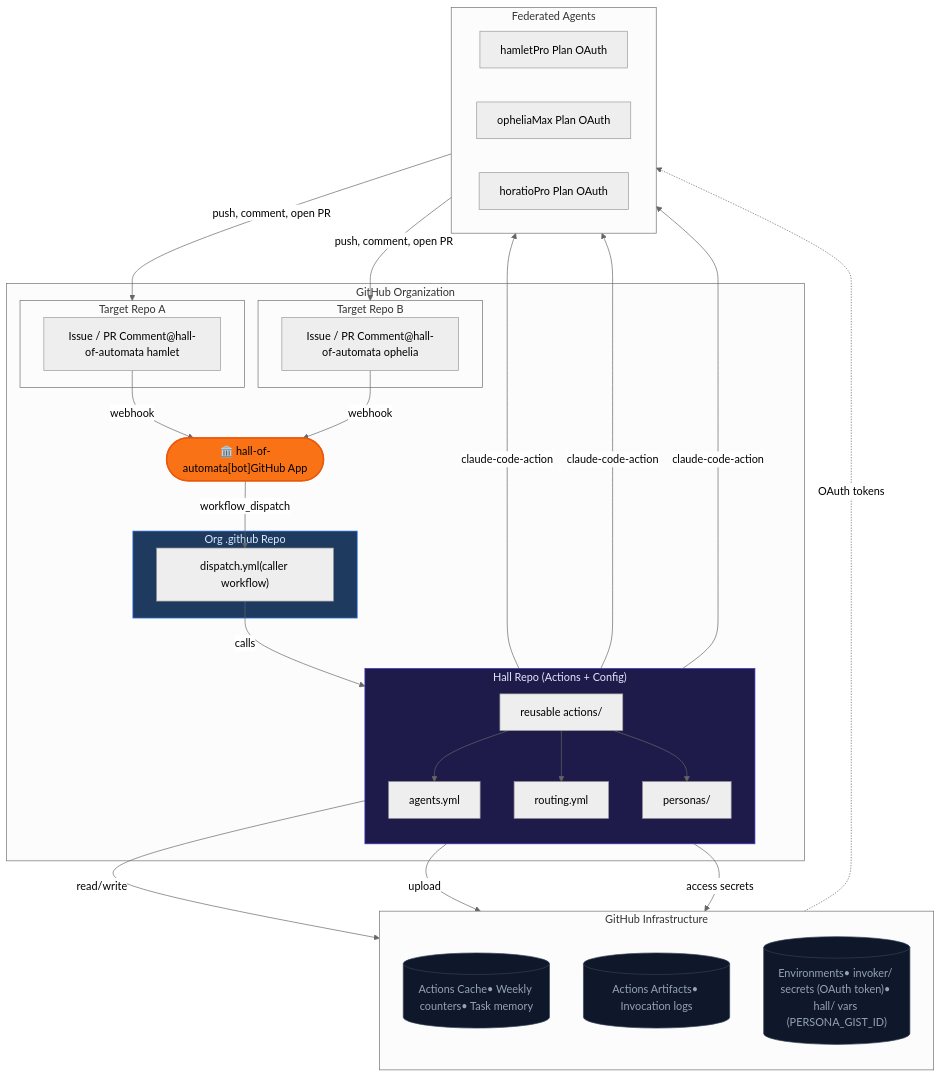
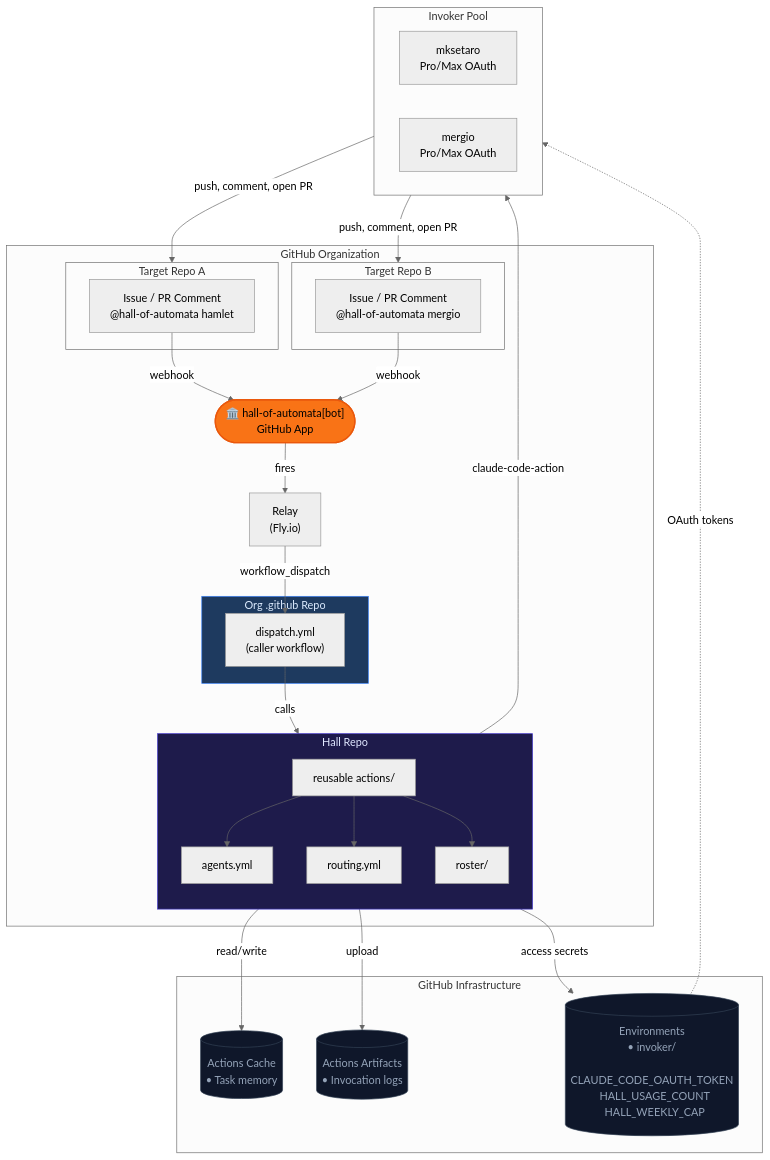
Before and after one commit to MockaSort-Studio/hall-of-automata: the first of 2 diagrams in codex/design_document.md, drawn with Mermaid (neutral theme). The commit also changed other lines of this file and 8 other files, not shown here.

````diff
--- a/codex/design_document.md
+++ b/codex/design_document.md
@@ -40,60 +17,57 @@
 ```mermaid
 graph TB
     subgraph ORG["GitHub Organization"]
         subgraph TR1["Target Repo A"]
-            I1["Issue / PR Comment@hall-of-automata hamlet"]
+            I1["Issue / PR Comment\n@hall-of-automata hamlet"]
         end
         subgraph TR2["Target Repo B"]
-            I2["Issue / PR Comment@hall-of-automata ophelia"]
+            I2["Issue / PR Comment\n@hall-of-automata mergio"]
         end
         subgraph DOTGITHUB["Org .github Repo"]
-            DW["dispatch.yml(caller workflow)"]
+            DW["dispatch.yml\n(caller workflow)"]
         end
-        subgraph HALL["Hall Repo (Actions + Config)"]
+        subgraph HALL["Hall Repo"]
             direction TB
             AY["agents.yml"]
             RY["routing.yml"]
-            P["personas/"]
+            RS["roster/"]
             RA["reusable actions/"]
         end
-        APP(["🏛️ hall-of-automata[bot]GitHub App"])
+        APP(["🏛️ hall-of-automata[bot]\nGitHub App"])
+        RELAY["Relay\n(Fly.io)"]
     end
 
     subgraph GHINFRA["GitHub Infrastructure"]
-        direction TB
-        CACHE[("Actions Cache• Weekly counters• Task memory")]
-        ARTIFACTS[("Actions Artifacts• Invocation logs")]
-        ENVS[("Environments• invoker/<handle> secrets (OAuth token)• hall/<agent> vars (PERSONA_GIST_ID)")]
+        CACHE[("Actions Cache\n• Task memory")]
+        ARTIFACTS[("Actions Artifacts\n• Invocation logs")]
+        ENVS[("Environments\n• invoker/<handle>\n  CLAUDE_CODE_OAUTH_TOKEN\n  HALL_USAGE_COUNT\n  HALL_WEEKLY_CAP")]
     end
 
-    subgraph FED["Federated Agents"]
-        direction LR
-        A1["hamletPro Plan OAuth"]
-        A2["opheliaMax Plan OAuth"]
-        A3["horatioPro Plan OAuth"]
+    subgraph POOL["Invoker Pool"]
+        A1["mksetaro\nPro/Max OAuth"]
+        A2["mergio\nPro/Max OAuth"]
     end
 
     I1 -->|webhook| APP
     I2 -->|webhook| APP
-    APP -->|workflow_dispatch| DW
+    APP -->|fires| RELAY
+    RELAY -->|workflow_dispatch| DW
     DW -->|calls| RA
     RA --> AY
     RA --> RY
-    RA --> P
+    RA --> RS
     RA -->|read/write| CACHE
     RA -->|upload| ARTIFACTS
     RA -->|access secrets| ENVS
-    ENVS -.->|OAuth tokens| FED
-    RA -->|claude-code-action| A1
-    RA -->|claude-code-action| A2
-    RA -->|claude-code-action| A3
-    A1 -->|push, comment, open PR| TR1
-    A2 -->|push, comment, open PR| TR2
+    ENVS -.->|OAuth tokens| POOL
+    RA -->|claude-code-action| POOL
+    POOL -->|push, comment, open PR| TR1
+    POOL -->|push, comment, open PR| TR2
 
     style APP fill:#f97316,stroke:#ea580c,color:#000,stroke-width:2px
     style DOTGITHUB fill:#1e3a5f,stroke:#3b82f6,color:#dbeafe
     style HALL fill:#1e1b4b,stroke:#4338ca,color:#e0e7ff
     style CACHE fill:#0f172a,stroke:#334155,color:#94a3b8
     style ARTIFACTS fill:#0f172a,stroke:#334155,color:#94a3b8
     style ENVS fill:#0f172a,stroke:#334155,color:#94a3b8
 ```
````
